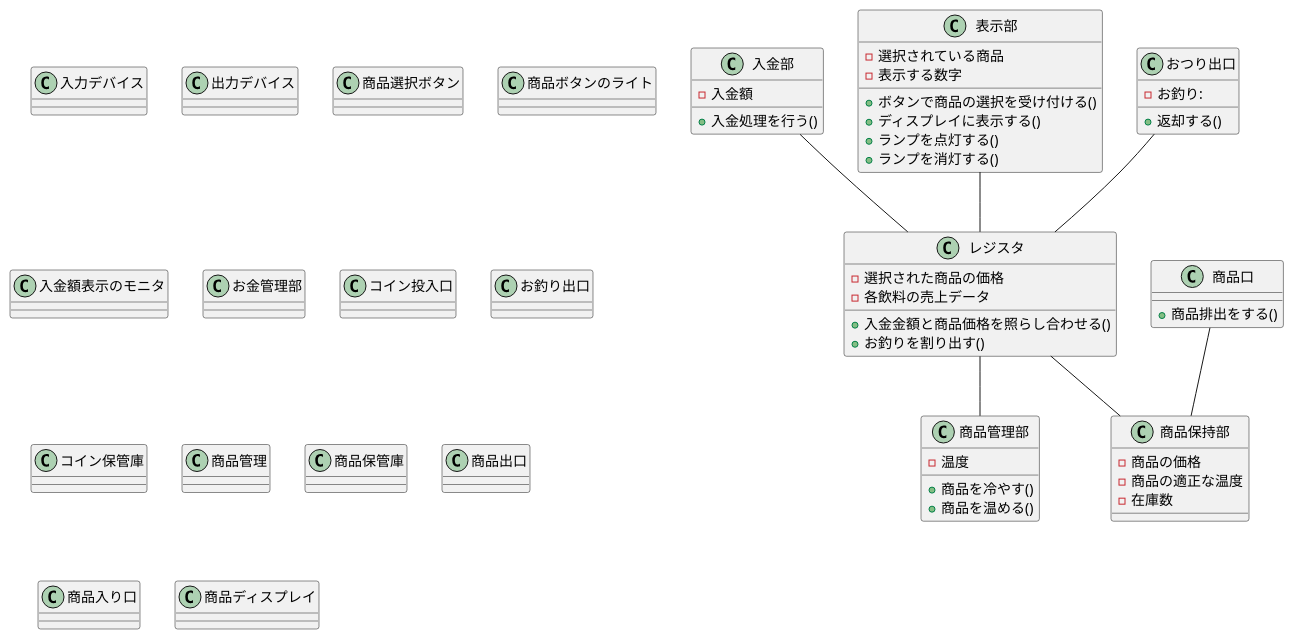
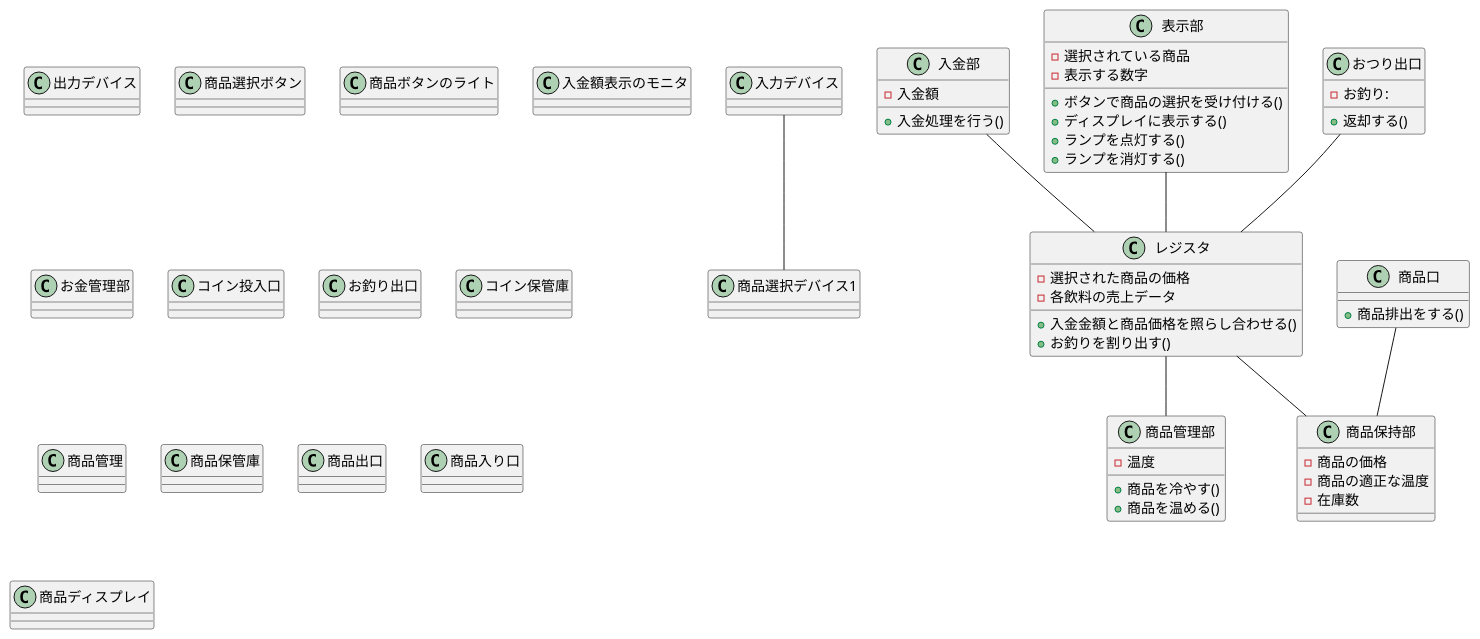
Before and after one commit to SLP-ETR-public/plantUML-recture: the diagram in kattsun17/Q03/class.pu, drawn with PlantUML.

Commit message:
(kattsun:Q03) つながりを追記

```diff
--- a/kattsun17/Q03/class.pu
+++ b/kattsun17/Q03/class.pu
@@ -1,109 +1,113 @@
 @startuml
 
 class 入力デバイス {
 
 }
 
 class 出力デバイス {
 
 }
 
 class 商品選択ボタン {
 
 }
 
 class 商品ボタンのライト {
 
 }
 
 class 入金額表示のモニタ {
 
 }
 
 class お金管理部 {
 
 }
 
 class コイン投入口 {
 
 }
 
 class お釣り出口 {
 
 }
 
 class コイン保管庫 {
 
 }
 
 class 商品管理 {
 
 }
 
 class 商品保管庫 {
 
 }
 
 class 商品出口 {
 
 }
 
 class 商品入り口 {
 
 }
 
 class 商品ディスプレイ {
 
 }
 
 
 
 class 入金部 {
     - 入金額
     + 入金処理を行う()
 }
 
 class 表示部 {
     - 選択されている商品
     - 表示する数字
     + ボタンで商品の選択を受け付ける()
     + ディスプレイに表示する()
     + ランプを点灯する()
     + ランプを消灯する()
 }
 
 class レジスタ {
     - 選択された商品の価格
     - 各飲料の売上データ
     + 入金金額と商品価格を照らし合わせる()
     + お釣りを割り出す()
 }
 
 class おつり出口 {
     - お釣り:
     + 返却する()
 }
 
 class 商品管理部 {
     - 温度
     + 商品を冷やす()
     + 商品を温める()
 }
 
 class 商品保持部 {
     - 商品の価格
     - 商品の適正な温度
     - 在庫数
 }
 
 class 商品口 {
     + 商品排出をする()
 } 
 
 レジスタ -- 商品保持部
 商品口 -- 商品保持部
 おつり出口 -- レジスタ
 入金部 -- レジスタ
 レジスタ -- 商品管理部
 表示部 -- レジスタ
+
+入力デバイス -- 商品選択デバイス1
+
+
 @enduml
```
